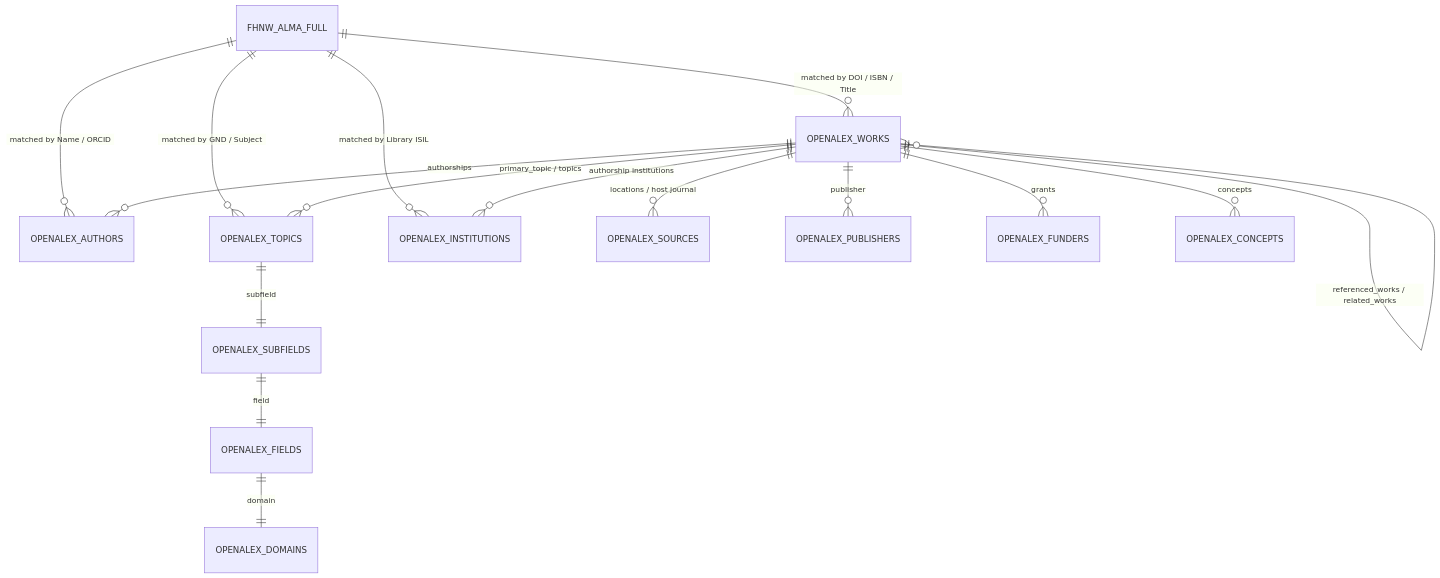
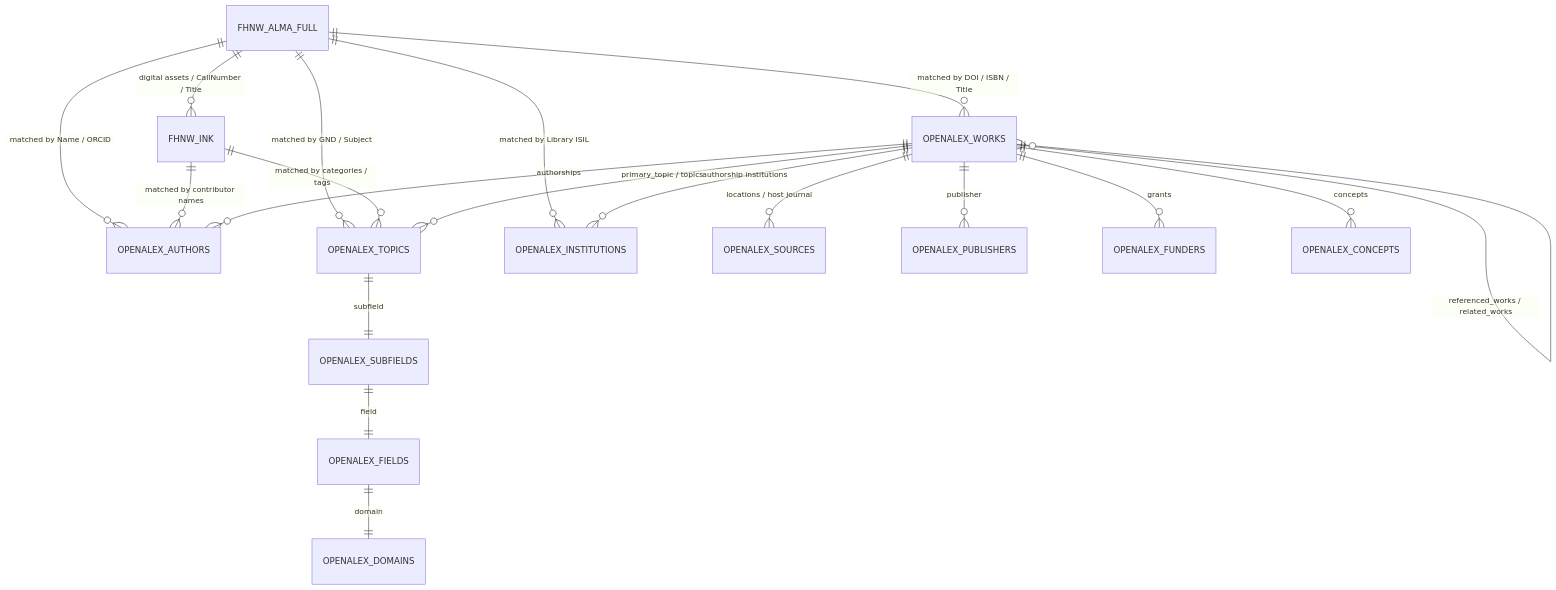
The diagram in docs/elasticsearch-indices.md (je4/Library-RFID-Dataspace), drawn with Mermaid before and after one commit. The commit also changed other lines of this file and 24 other files, not shown here.

Commit message:
Add InK repository links to Dataspace knowledge graph

````diff
--- a/docs/elasticsearch-indices.md
+++ b/docs/elasticsearch-indices.md
@@ -9,20 +9,24 @@
 ```mermaid
 erDiagram
     FHNW_ALMA_FULL ||--o{ OPENALEX_WORKS : "matched by DOI / ISBN / Title"
     FHNW_ALMA_FULL ||--o{ OPENALEX_AUTHORS : "matched by Name / ORCID"
     FHNW_ALMA_FULL ||--o{ OPENALEX_TOPICS : "matched by GND / Subject"
     FHNW_ALMA_FULL ||--o{ OPENALEX_INSTITUTIONS : "matched by Library ISIL"
+    FHNW_ALMA_FULL ||--o{ FHNW_INK : "digital assets / CallNumber / Title"
     
+    FHNW_INK ||--o{ OPENALEX_AUTHORS : "matched by contributor names"
+    FHNW_INK ||--o{ OPENALEX_TOPICS : "matched by categories / tags"
+
     OPENALEX_WORKS ||--o{ OPENALEX_AUTHORS : "authorships"
     OPENALEX_WORKS ||--o{ OPENALEX_INSTITUTIONS : "authorship institutions"
     OPENALEX_WORKS ||--o{ OPENALEX_SOURCES : "locations / host journal"
     OPENALEX_WORKS ||--o{ OPENALEX_PUBLISHERS : "publisher"
     OPENALEX_WORKS ||--o{ OPENALEX_FUNDERS : "grants"
     OPENALEX_WORKS ||--o{ OPENALEX_TOPICS : "primary_topic / topics"
     OPENALEX_WORKS ||--o{ OPENALEX_CONCEPTS : "concepts"
     OPENALEX_WORKS ||--o{ OPENALEX_WORKS : "referenced_works / related_works"
 
     OPENALEX_TOPICS ||--|| OPENALEX_SUBFIELDS : "subfield"
     OPENALEX_SUBFIELDS ||--|| OPENALEX_FIELDS : "field"
     OPENALEX_FIELDS ||--|| OPENALEX_DOMAINS : "domain"
 ```
````
